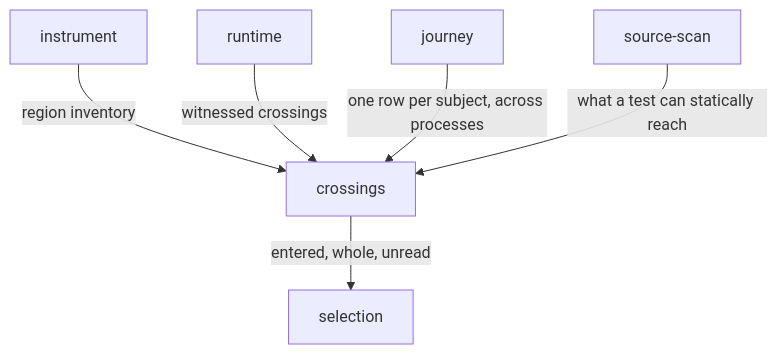
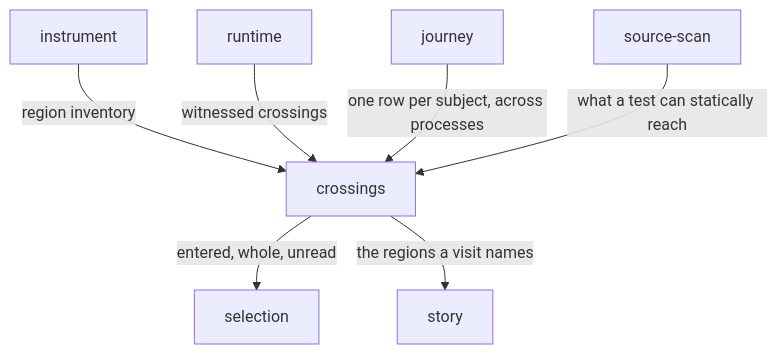
Before and after one commit to Variance-Authority/variance-authority: the diagram in .compass/variance-authority/reach/crossings/README.md, drawn with Mermaid. The commit also changed other lines of this file and 6 other files, not shown here.

First line of the commit message:
docs(compass): chart a story — the order one case visited, read a part at a time

````diff
--- a/.compass/variance-authority/reach/crossings/README.md
+++ b/.compass/variance-authority/reach/crossings/README.md
@@ -94,8 +96,9 @@
 ```mermaid
 flowchart TB
   INST[instrument] -->|region inventory| CROSS[crossings]
   RUN[runtime] -->|witnessed crossings| CROSS
   JRN[journey] -->|one row per subject, across processes| CROSS
   SCAN[source-scan] -->|what a test can statically reach| CROSS
   CROSS -->|entered, whole, unread| SEL[selection]
+  CROSS -->|the regions a visit names| STORY[story]
 ```
````
